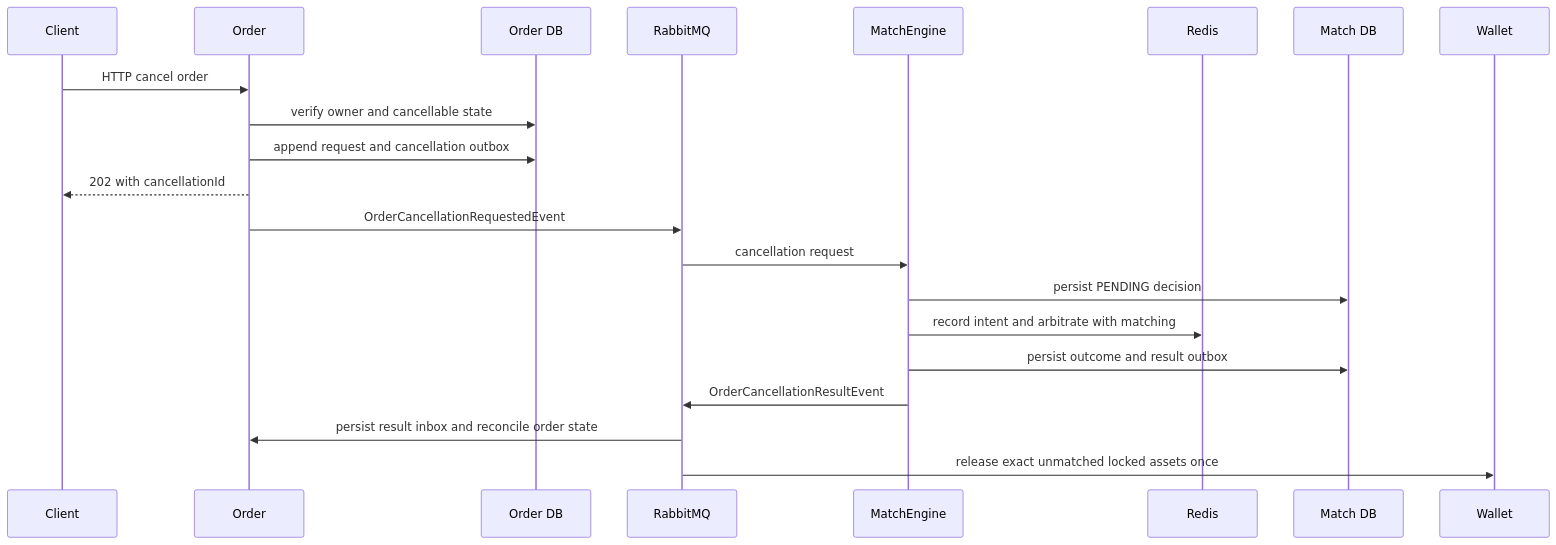
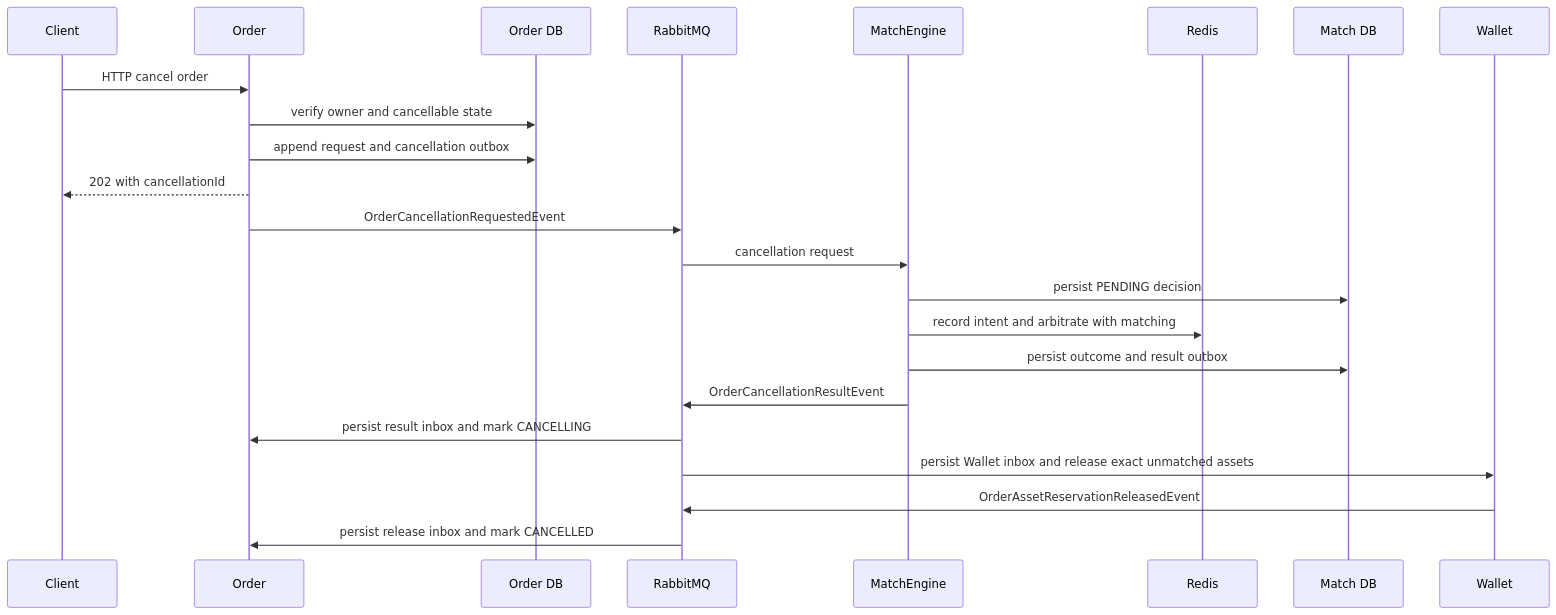
Before and after one commit to Yitin-tsai/eap-infra: the fifth of 8 diagrams in docs/order-event-lifecycle.zh-TW.md, drawn with Mermaid. The commit also changed other lines of this file and 34 other files, not shown here.

````diff
--- a/docs/order-event-lifecycle.zh-TW.md
+++ b/docs/order-event-lifecycle.zh-TW.md
@@ -187,24 +269,26 @@
 ```mermaid
 sequenceDiagram
     participant C as Client
     participant O as Order
     participant ODB as Order DB
     participant MQ as RabbitMQ
     participant M as MatchEngine
     participant R as Redis
     participant MDB as Match DB
     participant W as Wallet
 
     C->>O: HTTP cancel order
     O->>ODB: verify owner and cancellable state
     O->>ODB: append request and cancellation outbox
     O-->>C: 202 with cancellationId
     O->>MQ: OrderCancellationRequestedEvent
     MQ->>M: cancellation request
     M->>MDB: persist PENDING decision
     M->>R: record intent and arbitrate with matching
     M->>MDB: persist outcome and result outbox
     M->>MQ: OrderCancellationResultEvent
-    MQ->>O: persist result inbox and reconcile order state
-    MQ->>W: release exact unmatched locked assets once
+    MQ->>O: persist result inbox and mark CANCELLING
+    MQ->>W: persist Wallet inbox and release exact unmatched assets
+    W->>MQ: OrderAssetReservationReleasedEvent
+    MQ->>O: persist release inbox and mark CANCELLED
 ```
````
